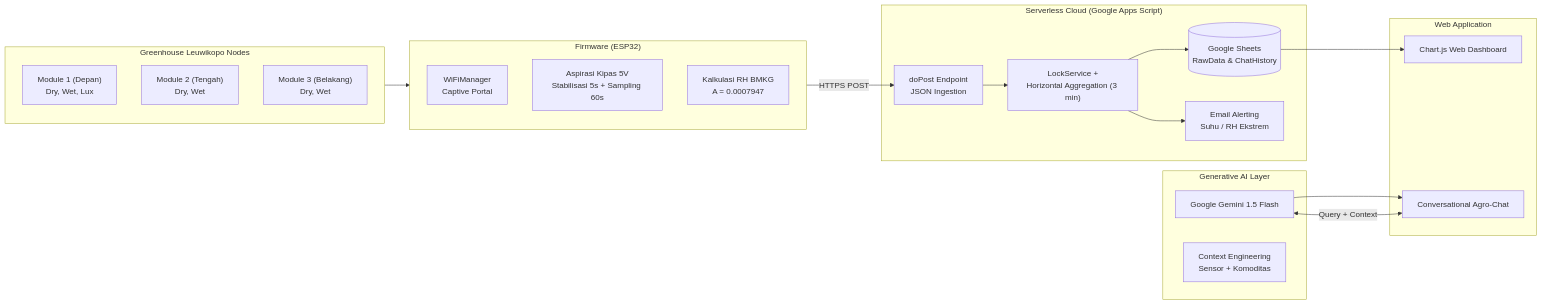
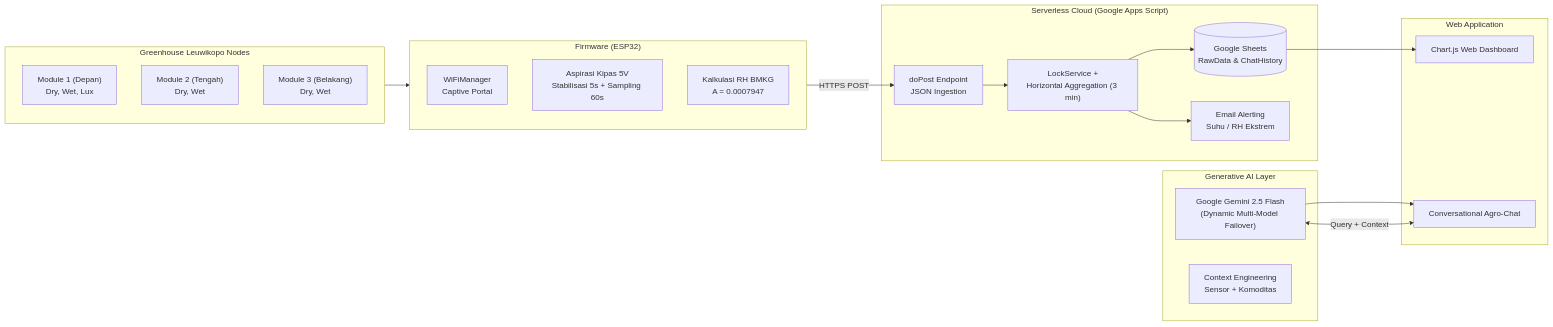
The diagram in README.md (Fluorescence-dxf/Gen-AI-Powered-Monitoring-System), drawn with Mermaid before and after one commit. The commit also changed other lines of this file and 4 other files, not shown here.

Commit message:
fix(backend,docs): prevent single-module row overwrite in horizontal aggregation and update Gemini 2.5 Flash docs

````diff
--- a/README.md
+++ b/README.md
@@ -56,39 +56,39 @@
 ```mermaid
 flowchart LR
     subgraph Nodes["Greenhouse Leuwikopo Nodes"]
         N1["Module 1 (Depan)<br/>Dry, Wet, Lux"]
         N2["Module 2 (Tengah)<br/>Dry, Wet"]
         N3["Module 3 (Belakang)<br/>Dry, Wet"]
     end
 
     subgraph Edge["Firmware (ESP32)"]
         WM["WiFiManager<br/>Captive Portal"]
         FAN["Aspirasi Kipas 5V<br/>Stabilisasi 5s + Sampling 60s"]
         BMKG["Kalkulasi RH BMKG<br/>A = 0.0007947"]
     end
 
     subgraph Cloud["Serverless Cloud (Google Apps Script)"]
         POST["doPost Endpoint<br/>JSON Ingestion"]
         LOCK["LockService +<br/>Horizontal Aggregation (3 min)"]
         DB[("Google Sheets<br/>RawData & ChatHistory")]
         ALERT["Email Alerting<br/>Suhu / RH Ekstrem"]
     end
 
     subgraph AI["Generative AI Layer"]
-        GEM["Google Gemini 1.5 Flash"]
+        GEM["Google Gemini 2.5 Flash<br/>(Dynamic Multi-Model Failover)"]
         PROMPT["Context Engineering<br/>Sensor + Komoditas"]
     end
 
     subgraph UI["Web Application"]
         DASH["Chart.js Web Dashboard"]
         CHAT["Conversational Agro-Chat"]
     end
 
     Nodes --> Edge
     Edge -->|HTTPS POST| POST
     POST --> LOCK --> DB
     LOCK --> ALERT
     DB --> DASH
     CHAT <-->|Query + Context| GEM
     GEM --> CHAT
 ```
````
